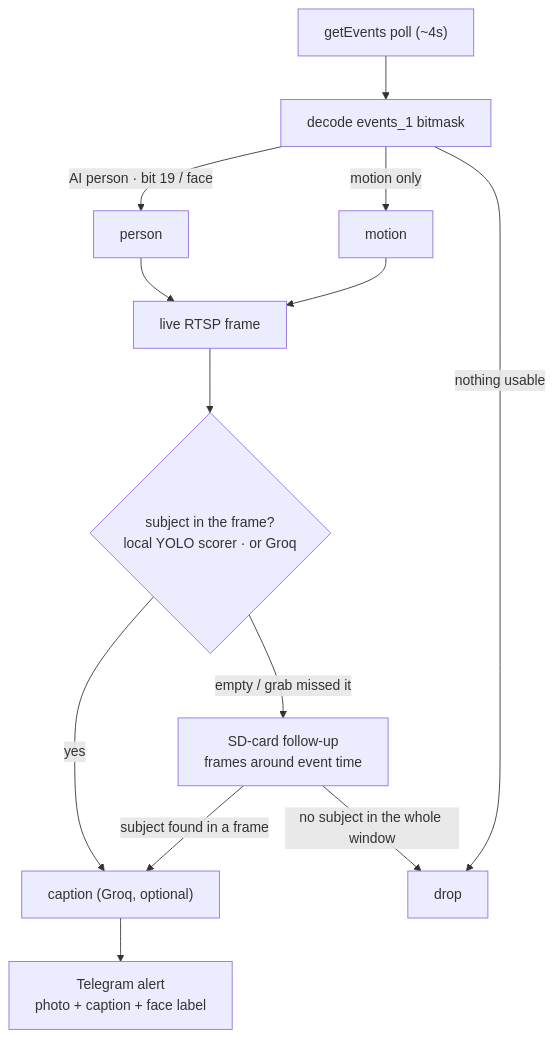
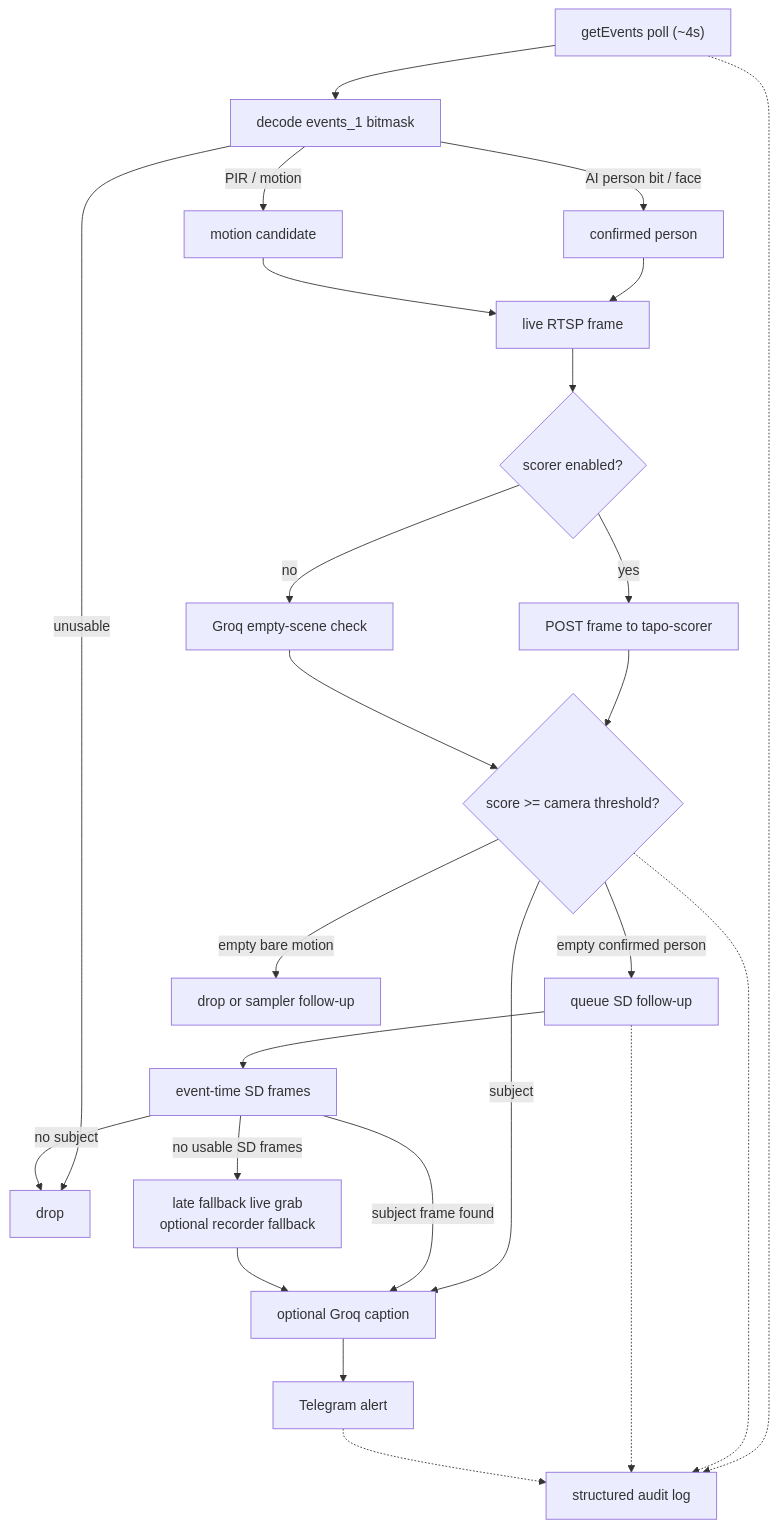
The second of 3 diagrams in README.md (PeterkoCZ91/tapo-monitoring), drawn with Mermaid before and after one commit. The commit also changed other lines of this file and 28 other files, not shown here.

Commit message:
Add scorer audit docs and public release hygiene

````diff
--- a/README.md
+++ b/README.md
@@ -88,16 +99,30 @@
 ```mermaid
 flowchart TD
     A["getEvents poll (~4s)"] --> B["decode events_1 bitmask"]
-    B -->|"AI person · bit 19 / face"| P["person"]
-    B -->|"motion only"| M["motion"]
-    B -->|"nothing usable"| X["drop"]
+    B -->|"AI person bit / face"| P["confirmed person"]
+    B -->|"PIR / motion"| M["motion candidate"]
+    B -->|"unusable"| X["drop"]
 
     P --> L["live RTSP frame"]
     M --> L
-    L --> Q{"subject in the frame?<br/>local YOLO scorer · or Groq"}
-    Q -->|"yes"| G["caption (Groq, optional)"]
-    Q -->|"empty / grab missed it"| SD["SD-card follow-up<br/>frames around event time"]
-    SD -->|"subject found in a frame"| G
-    SD -->|"no subject in the whole window"| X
-    G --> T["Telegram alert<br/>photo + caption + face label"]
+    L --> S{"scorer enabled?"}
+    S -->|"yes"| Y["POST frame to tapo-scorer"]
+    S -->|"no"| R["Groq empty-scene check"]
+    Y --> C{"score >= camera threshold?"}
+    R --> C
+
+    C -->|"subject"| CAP["optional Groq caption"]
+    C -->|"empty confirmed person"| SD["queue SD follow-up"]
+    C -->|"empty bare motion"| D["drop or sampler follow-up"]
+    SD --> F["event-time SD frames"]
+    F -->|"subject frame found"| CAP
+    F -->|"no subject"| X
+    F -->|"no usable SD frames"| RF["late fallback live grab<br/>optional recorder fallback"]
+    RF --> CAP
+    CAP --> T["Telegram alert"]
+
+    A -.-> AUD["structured audit log"]
+    C -.-> AUD
+    SD -.-> AUD
+    T -.-> AUD
 ```
````
